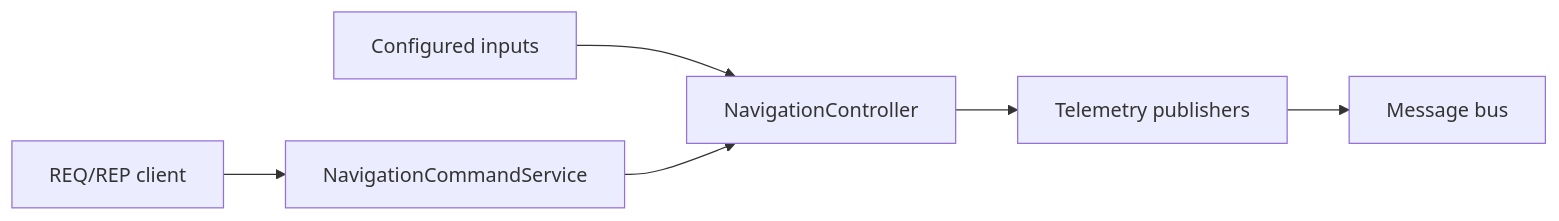
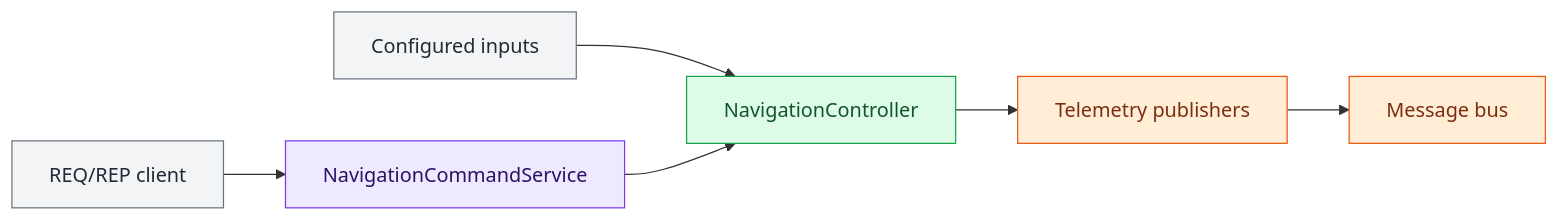
The second of 5 diagrams in docs/architecture.md (markisrt4/OpenRoadCode), drawn with Mermaid before and after one commit. The commit also changed other lines of this file, not shown here.

Commit message:
Color Mermaid diagrams by architecture layer

````diff
--- a/docs/architecture.md
+++ b/docs/architecture.md
@@ -27,6 +39,17 @@
 ```mermaid
 flowchart LR
     inputs["Configured inputs"] --> nav["NavigationController"]
     nav --> publishers["Telemetry publishers"] --> bus["Message bus"]
     client["REQ/REP client"] --> command["NavigationCommandService"] --> nav
+
+    classDef orcApp fill:#dbeafe,stroke:#2563eb,color:#172554;
+    classDef orcService fill:#ede9fe,stroke:#7c3aed,color:#2e1065;
+    classDef orcController fill:#dcfce7,stroke:#16a34a,color:#14532d;
+    classDef orcMessage fill:#ffedd5,stroke:#ea580c,color:#7c2d12;
+    classDef orcAdapter fill:#fee2e2,stroke:#dc2626,color:#7f1d1d;
+    classDef orcExternal fill:#f3f4f6,stroke:#6b7280,color:#1f2937;
+    class inputs,client orcExternal;
+    class nav orcController;
+    class command orcService;
+    class publishers,bus orcMessage;
 ```
````
